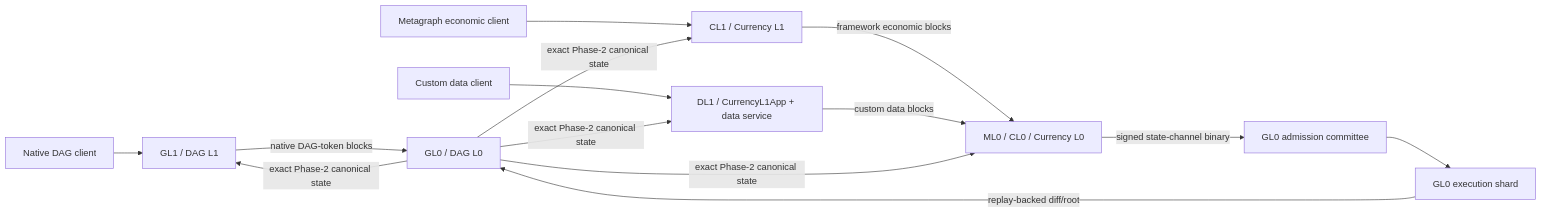
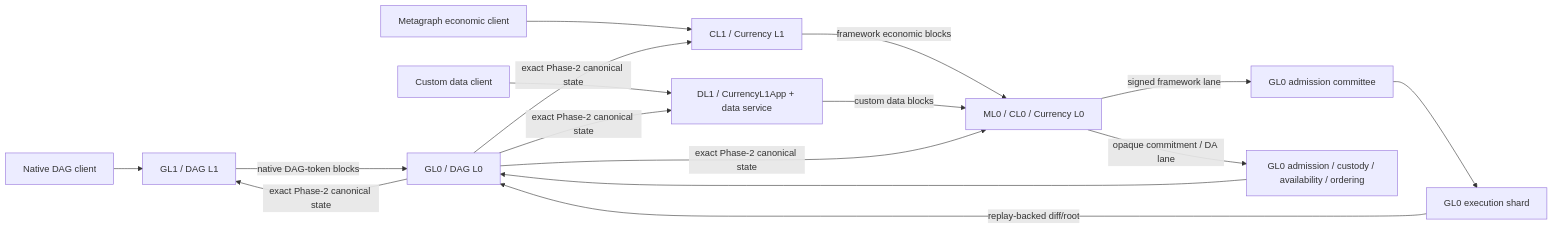
Before and after one commit to ottobot-ai/tessellation: the first of 4 diagrams in docs/CODEBASE_MAP.md, drawn with Mermaid. The commit also changed other lines of this file and 33 other files, not shown here.

````diff
--- a/docs/CODEBASE_MAP.md
+++ b/docs/CODEBASE_MAP.md
@@ -22,18 +22,20 @@
 ```mermaid
 flowchart LR
     Client[Native DAG client] --> GL1[GL1 / DAG L1]
     GL1 -->|native DAG-token blocks| GL0[GL0 / DAG L0]
 
     Econ[Metagraph economic client] --> CL1[CL1 / Currency L1]
     Data[Custom data client] --> DL1[DL1 / CurrencyL1App + data service]
     CL1 -->|framework economic blocks| ML0[ML0 / CL0 / Currency L0]
     DL1 -->|custom data blocks| ML0
-    ML0 -->|signed state-channel binary| ADM[GL0 admission committee]
+    ML0 -->|signed framework lane| ADM[GL0 admission committee]
     ADM --> SHARD[GL0 execution shard]
     SHARD -->|replay-backed diff/root| GL0
+    ML0 -->|opaque commitment / DA lane| CUST[GL0 admission / custody / availability / ordering]
+    CUST --> GL0
 
     GL0 -->|exact Phase-2 canonical state| GL1
     GL0 -->|exact Phase-2 canonical state| ML0
     GL0 -->|exact Phase-2 canonical state| CL1
     GL0 -->|exact Phase-2 canonical state| DL1
 ```
````
